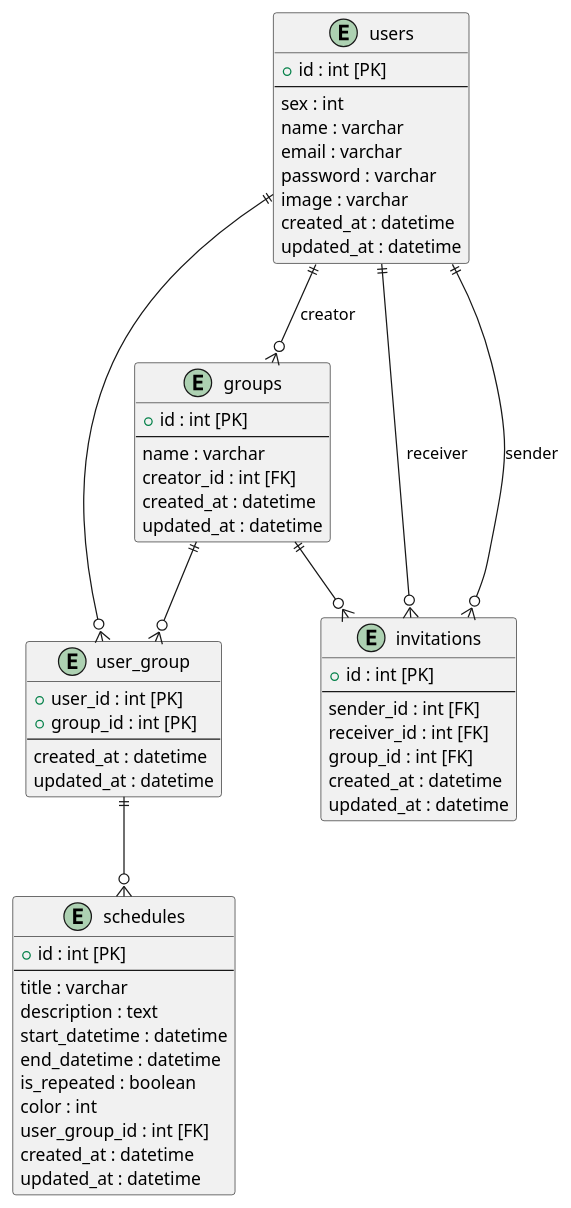
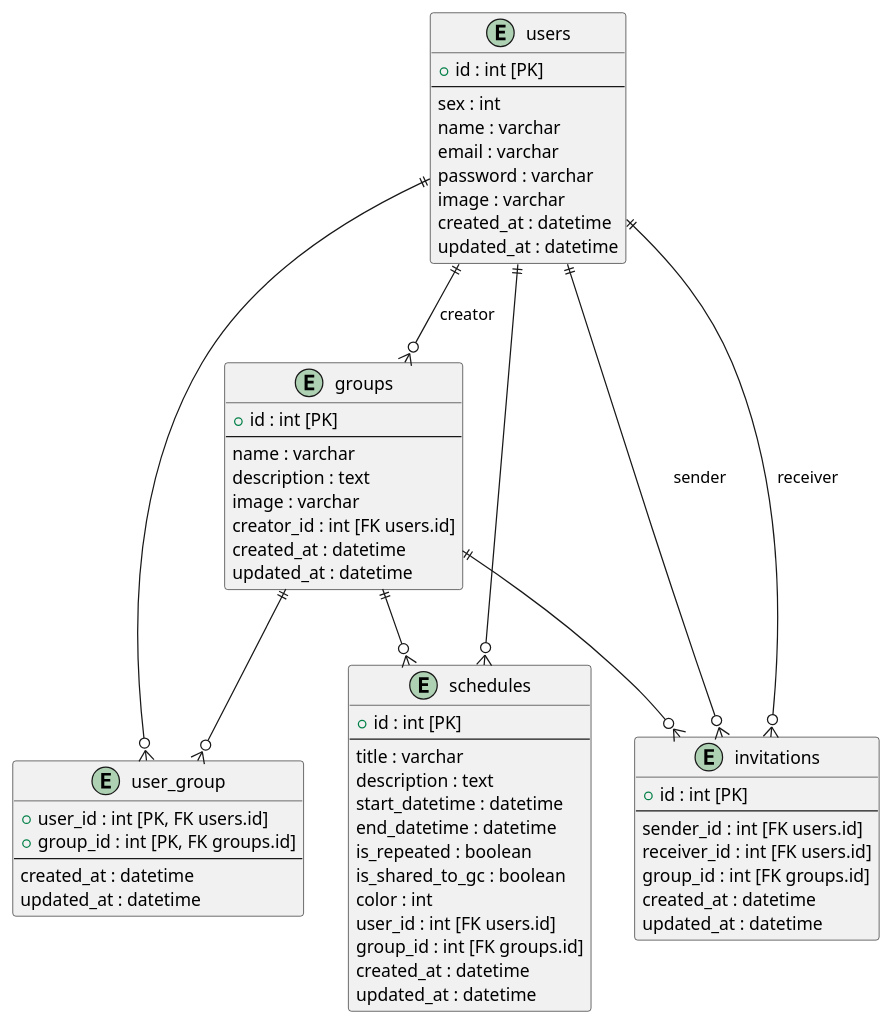
One commit to bwkw/sharely changed the diagram in ER.pu. Above: the diagram before and after it, drawn with PlantUML.

Commit message:
:books: Update ER

```diff
--- a/ER.pu
+++ b/ER.pu
@@ -1,64 +1,69 @@
 @startuml
 
 entity "users" as users {
-    + id : int [PK]
-    --
-    sex : int
-    name : varchar
-    email : varchar
-    password : varchar
-    image : varchar
-    created_at : datetime
-    updated_at : datetime
+  + id : int [PK]
+  --
+  sex : int
+  name : varchar
+  email : varchar
+  password : varchar
+  image : varchar
+  created_at : datetime
+  updated_at : datetime
 }
 
 entity "groups" as groups {
-    + id : int [PK]
-    --
-    name : varchar
-    creator_id : int [FK]
-    created_at : datetime
-    updated_at : datetime
+  + id : int [PK]
+  --
+  name : varchar
+  description : text
+  image : varchar
+  creator_id : int [FK users.id]
+  created_at : datetime
+  updated_at : datetime
 }
 
 entity "user_group" as user_group {
-    + user_id : int [PK]
-    + group_id : int [PK]
-    --
-    created_at : datetime
-    updated_at : datetime
+  + user_id : int [PK, FK users.id]
+  + group_id : int [PK, FK groups.id]
+  --
+  created_at : datetime
+  updated_at : datetime
 }
 
 entity "schedules" as schedules {
-    + id : int [PK]
-    --
-    title : varchar
-    description : text
-    start_datetime : datetime
-    end_datetime : datetime
-    is_repeated : boolean
-    color : int
-    user_group_id : int [FK]
-    created_at : datetime
-    updated_at : datetime
+  + id : int [PK]
+  --
+  title : varchar
+  description : text
+  start_datetime : datetime
+  end_datetime : datetime
+  is_repeated : boolean
+  is_shared_to_gc : boolean
+  color : int
+  user_id : int [FK users.id]
+  group_id : int [FK groups.id]
+  created_at : datetime
+  updated_at : datetime
 }
 
 entity "invitations" as invitations {
-    + id : int [PK]
-    --
-    sender_id : int [FK]
-    receiver_id : int [FK]
-    group_id : int [FK]
-    created_at : datetime
-    updated_at : datetime
+  + id : int [PK]
+  --
+  sender_id : int [FK users.id]
+  receiver_id : int [FK users.id]
+  group_id : int [FK groups.id]
+  created_at : datetime
+  updated_at : datetime
 }
 
 users ||--o{ user_group
+users ||--o{ groups : creator
 groups ||--o{ user_group
-user_group ||--o{ schedules
-users ||--o{ groups : creator
+users ||--o{ schedules
+groups ||--o{ schedules
 users ||--o{ invitations : sender
 users ||--o{ invitations : receiver
 groups ||--o{ invitations
 
 @enduml
```
